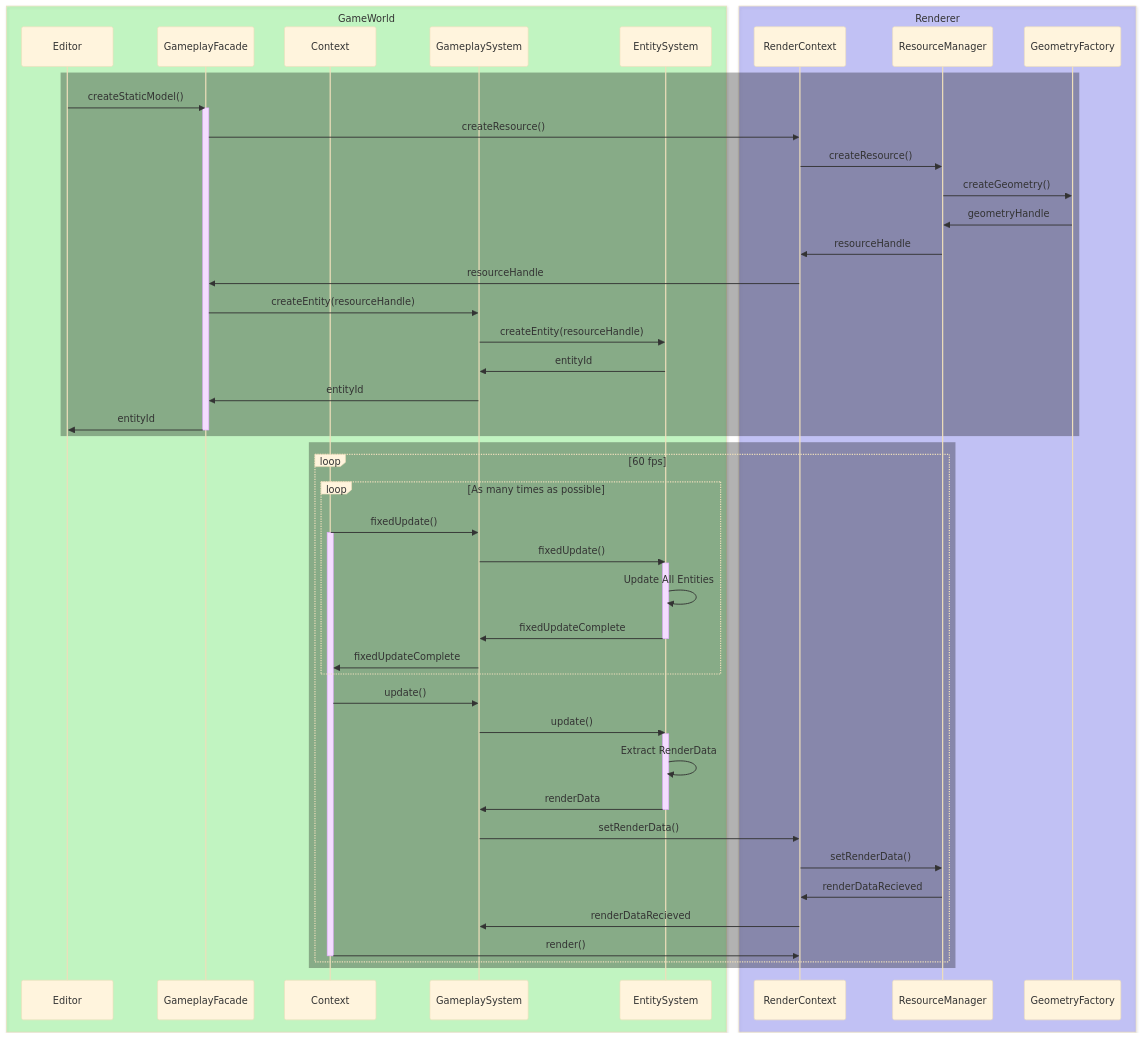
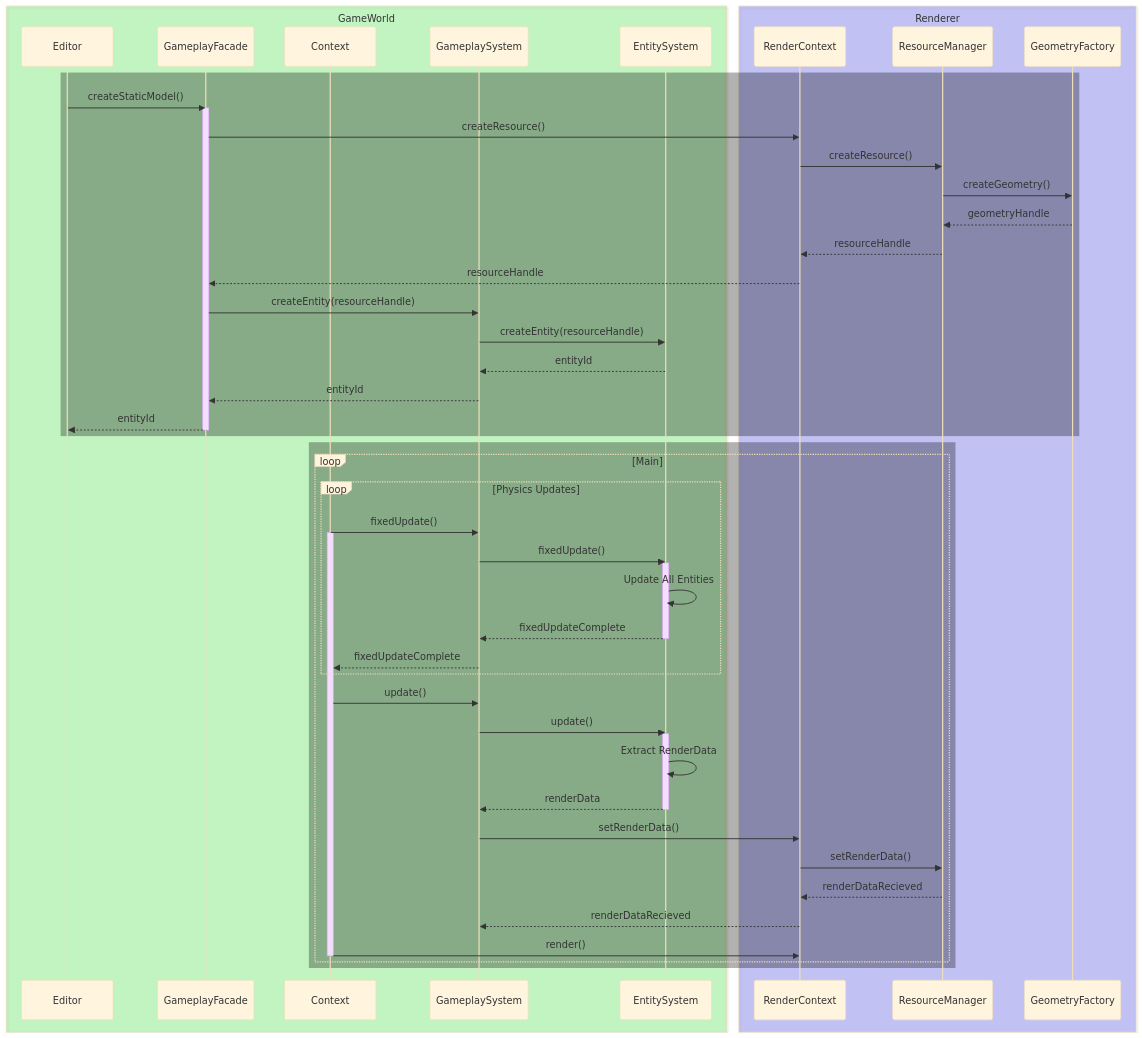
One commit to matt328/triton changed the second of 2 diagrams in design.md. Above: the diagram before and after it, drawn with Mermaid (base theme). The commit also changed other lines of this file and 4 other files, not shown here.

````diff
--- a/design.md
+++ b/design.md
@@ -226,68 +281,68 @@
 ```mermaid
 sequenceDiagram
    box rgba(0, 255, 0, 0.2) GameWorld
    participant Editor
    participant GameplayFacade
    participant Context
    participant GameplaySystem
    participant EntitySystem
    end
    box rgba(0, 0, 255, 0.2) Renderer
    participant RenderContext
    participant ResourceManager
    participant GeometryFactory
    end
 
    rect rgba(0, 0, 0, 0.3)
    Editor->>GameplayFacade: createStaticModel()
 
    activate GameplayFacade
    GameplayFacade->>RenderContext: createResource()
    RenderContext->>ResourceManager: createResource()
    ResourceManager->>GeometryFactory: createGeometry()
-   GeometryFactory->>ResourceManager: geometryHandle
-   ResourceManager->>RenderContext: resourceHandle
-   RenderContext->>GameplayFacade: resourceHandle
+   GeometryFactory-->>ResourceManager: geometryHandle
+   ResourceManager-->>RenderContext: resourceHandle
+   RenderContext-->>GameplayFacade: resourceHandle
    
    GameplayFacade->>GameplaySystem: createEntity(resourceHandle)
    GameplaySystem->>EntitySystem: createEntity(resourceHandle)
-   EntitySystem->>GameplaySystem: entityId
-   GameplaySystem->>GameplayFacade: entityId
-   GameplayFacade->>Editor: entityId
+   EntitySystem-->>GameplaySystem: entityId
+   GameplaySystem-->>GameplayFacade: entityId
+   GameplayFacade-->>Editor: entityId
    deactivate GameplayFacade
    end
 
    rect rgba(0, 0, 0, 0.3) 
-   loop 60 fps
-   loop As many times as possible
+   loop Main
+   loop Physics Updates
    Context->>GameplaySystem: fixedUpdate()
    activate Context
 
    GameplaySystem->>EntitySystem: fixedUpdate()
    
    activate EntitySystem
    EntitySystem->>EntitySystem: Update All Entities
-   EntitySystem->>GameplaySystem: fixedUpdateComplete
+   EntitySystem-->>GameplaySystem: fixedUpdateComplete
    deactivate EntitySystem
 
-   GameplaySystem->>Context: fixedUpdateComplete
+   GameplaySystem-->>Context: fixedUpdateComplete
    end
 
    Context->>GameplaySystem: update()
 
    GameplaySystem->>EntitySystem: update()
    activate EntitySystem
    EntitySystem->>EntitySystem: Extract RenderData
-   EntitySystem->>GameplaySystem: renderData
+   EntitySystem-->>GameplaySystem: renderData
    deactivate EntitySystem
 
    GameplaySystem->>RenderContext: setRenderData()
    RenderContext->>ResourceManager: setRenderData()
-   ResourceManager->>RenderContext: renderDataRecieved
-   RenderContext->>GameplaySystem: renderDataRecieved
+   ResourceManager-->>RenderContext: renderDataRecieved
+   RenderContext-->>GameplaySystem: renderDataRecieved
    Context->>RenderContext: render()
    deactivate Context
    end
    end
 
 ```
````
